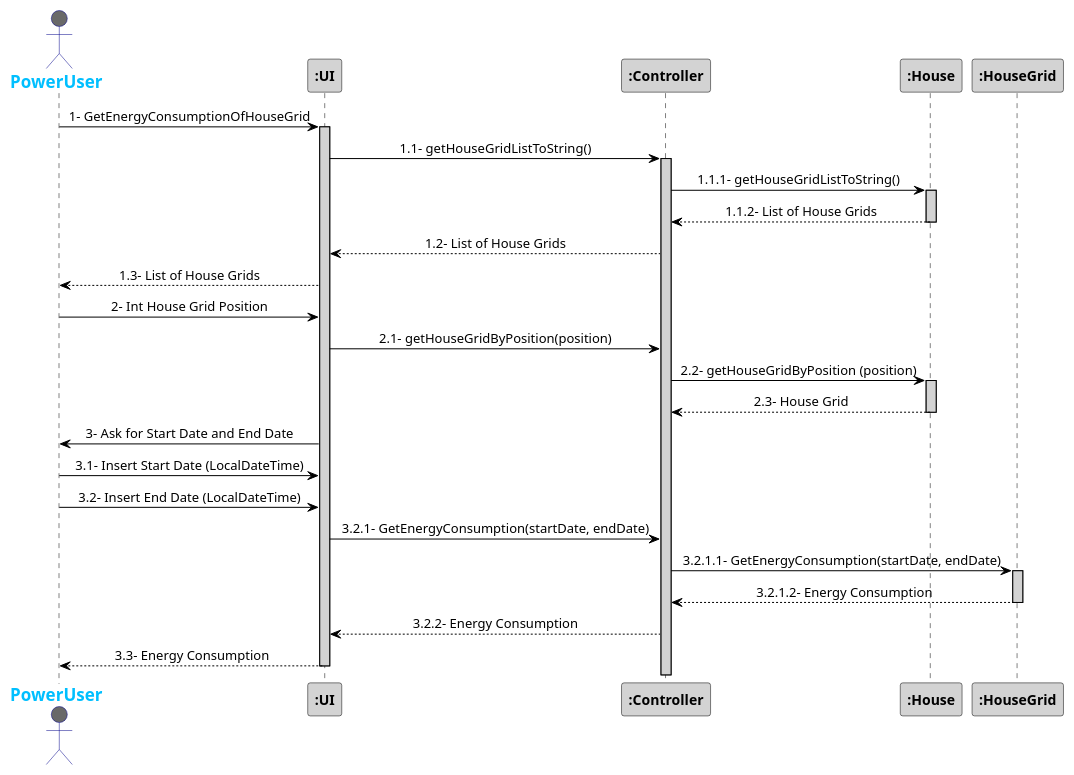
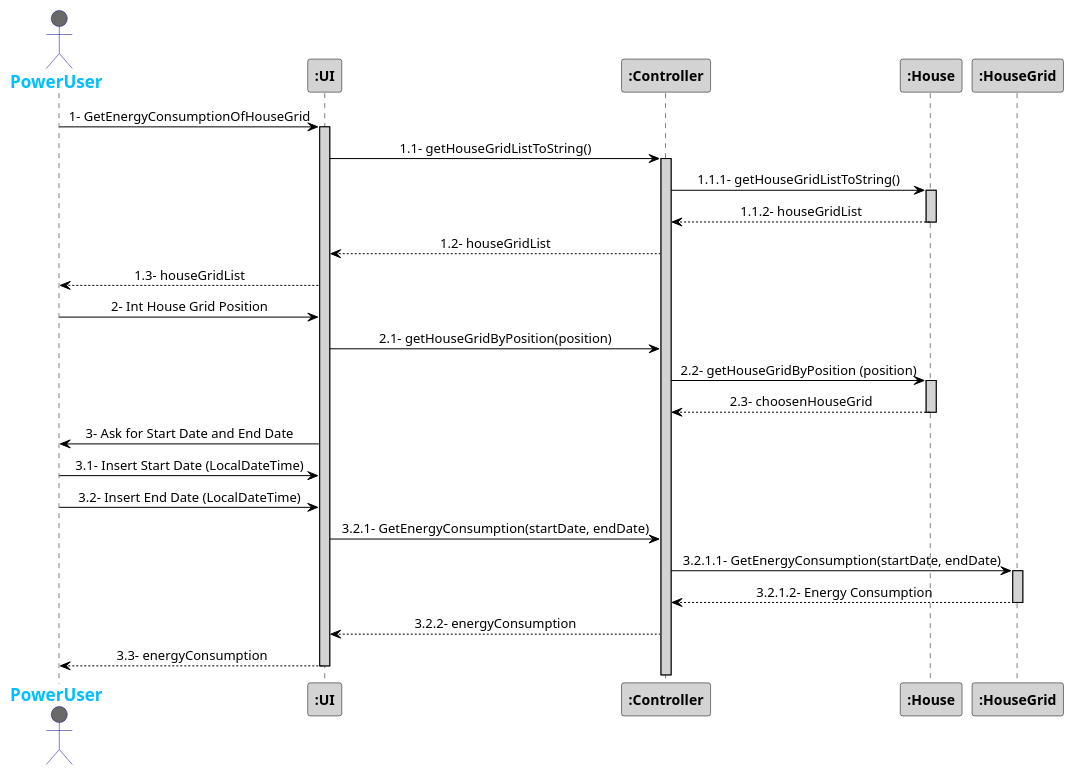
One commit to 1181687/hateoasToy changed the diagram in src/Docs/Sprint3/GetEnergyConsumptionHouseGridInterval.puml. Above: the diagram before and after it, drawn with PlantUML.

Commit message:
Adresses #86 Changed GetEnergyConsumptionDataSeriesInterval sequence diagram

```diff
--- a/src/Docs/Sprint3/GetEnergyConsumptionHouseGridInterval.puml
+++ b/src/Docs/Sprint3/GetEnergyConsumptionHouseGridInterval.puml
@@ -1,52 +1,52 @@
 @startuml
 skinparam sequenceMessageAlign center
 skinparam sequence {
 	ArrowColor Black
 	ActorBorderColor DarkBlue
 	LifeLineBorderColor black
 	LifeLineBackgroundColor LightGrey
 
 	ParticipantBorderColor Black
 	ParticipantBackgroundColor LightGrey
 	ParticipantFontStyle Bold
 
 	ActorBackgroundColor DimGrey
 	ActorFontColor DeepSkyBlue
 	ActorFontStyle Bold
 	ActorFontSize 17
 	ActorFontName Aapex
 }
 
 actor PowerUser
 PowerUser -> ":UI": 1- GetEnergyConsumptionOfHouseGrid
 activate ":UI"
 ":UI" -> ":Controller": 1.1- getHouseGridListToString()
 activate ":Controller"
 ":Controller" -> ":House": 1.1.1- getHouseGridListToString()
 activate ":House"
-":Controller" <-- ":House": 1.1.2- List of House Grids
+":Controller" <-- ":House": 1.1.2- houseGridList
 deactivate ":House"
-":UI" <-- ":Controller": 1.2- List of House Grids
-PowerUser <-- ":UI": 1.3- List of House Grids
+":UI" <-- ":Controller": 1.2- houseGridList
+PowerUser <-- ":UI": 1.3- houseGridList
 
 PowerUser -> ":UI": 2- Int House Grid Position
 ":UI" -> ":Controller": 2.1- getHouseGridByPosition(position)
 ":Controller" -> ":House": 2.2- getHouseGridByPosition (position)
 activate ":House"
-":Controller" <-- ":House": 2.3- House Grid
+":Controller" <-- ":House": 2.3- choosenHouseGrid
 deactivate ":House"
 
 PowerUser <- ":UI": 3- Ask for Start Date and End Date
 
 PowerUser -> ":UI": 3.1- Insert Start Date (LocalDateTime)
 PowerUser -> ":UI": 3.2- Insert End Date (LocalDateTime)
 ":UI" -> ":Controller": 3.2.1- GetEnergyConsumption(startDate, endDate)
 ":Controller" -> ":HouseGrid": 3.2.1.1- GetEnergyConsumption(startDate, endDate)
 activate ":HouseGrid"
 ":Controller" <-- ":HouseGrid": 3.2.1.2- Energy Consumption
 deactivate ":HouseGrid"
-":UI" <-- ":Controller": 3.2.2- Energy Consumption
-PowerUser <-- ":UI": 3.3- Energy Consumption
+":UI" <-- ":Controller": 3.2.2- energyConsumption
+PowerUser <-- ":UI": 3.3- energyConsumption
 deactivate ":UI"
 
 @enduml
```
